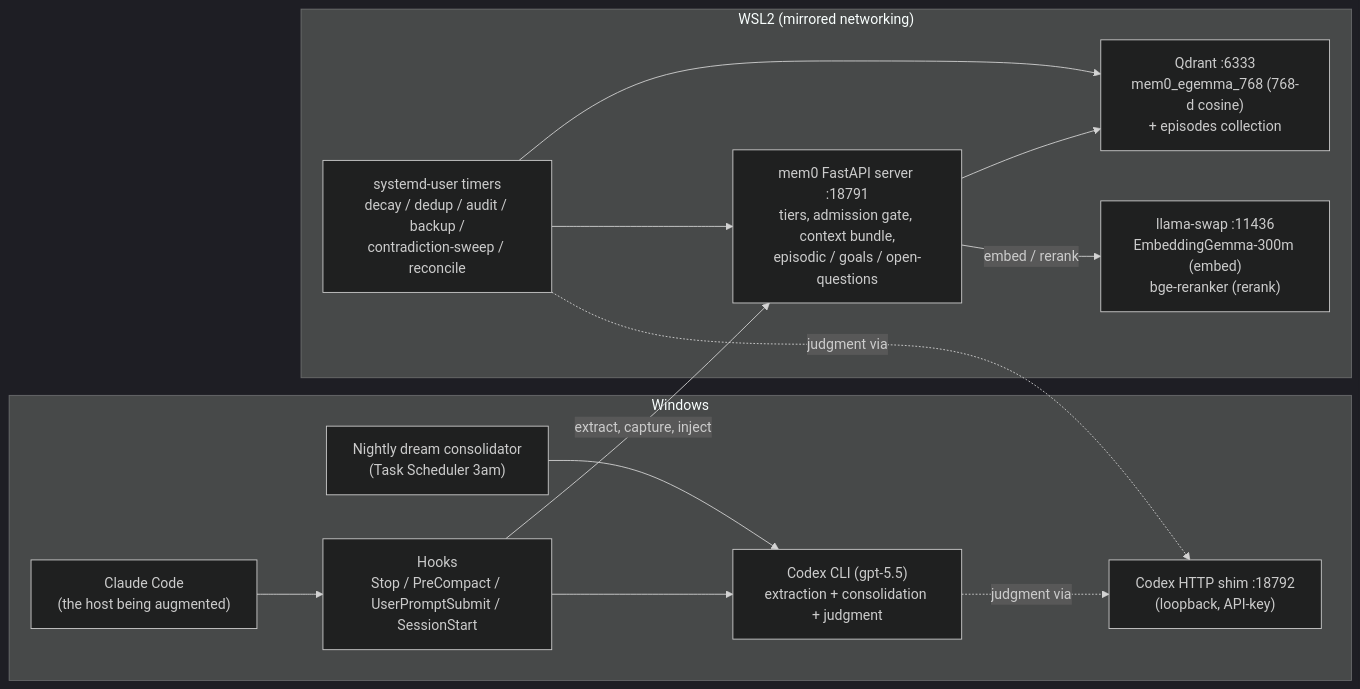
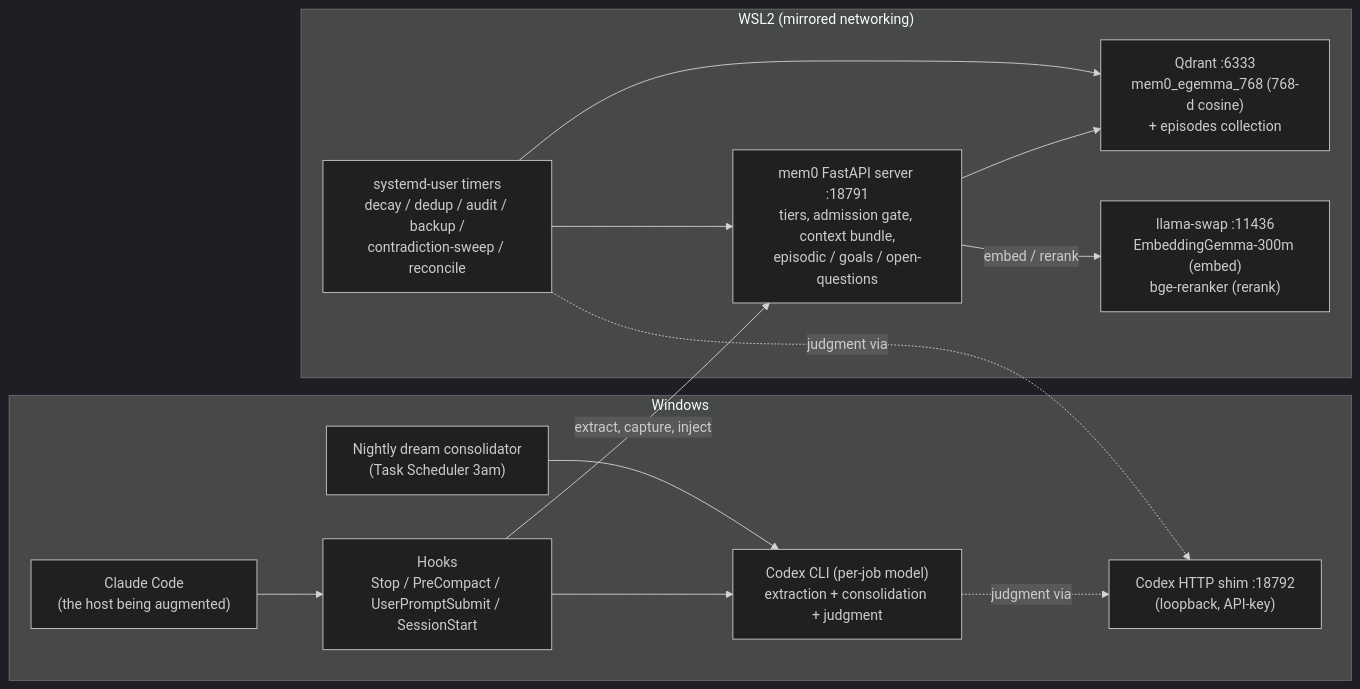
The first of 3 diagrams in ARCHITECTURE.md (dmmdea/agentic-memory-stack-for-claude-code), drawn with Mermaid (dark theme) before and after one commit. The commit also changed other lines of this file and 25 other files, not shown here.

````diff
--- a/ARCHITECTURE.md
+++ b/ARCHITECTURE.md
@@ -13,26 +13,26 @@
 ```mermaid
 flowchart LR
     subgraph WIN["Windows"]
         CC["Claude Code<br/>(the host being augmented)"]
         HOOKS["Hooks<br/>Stop / PreCompact / UserPromptSubmit / SessionStart"]
         DREAM["Nightly dream consolidator<br/>(Task Scheduler 3am)"]
-        CODEX["Codex CLI (gpt-5.5)<br/>extraction + consolidation + judgment"]
+        CODEX["Codex CLI (per-job model)<br/>extraction + consolidation + judgment"]
         SHIM["Codex HTTP shim :18792<br/>(loopback, API-key)"]
     end
     subgraph WSL["WSL2 (mirrored networking)"]
         MEM0["mem0 FastAPI server :18791<br/>tiers, admission gate, context bundle,<br/>episodic / goals / open-questions"]
         QD["Qdrant :6333<br/>mem0_egemma_768 (768-d cosine)<br/>+ episodes collection"]
         LS["llama-swap :11436<br/>EmbeddingGemma-300m (embed)<br/>bge-reranker (rerank)"]
         TIMERS["systemd-user timers<br/>decay / dedup / audit / backup /<br/>contradiction-sweep / reconcile"]
     end
     CC --> HOOKS
     HOOKS -->|"extract, capture, inject"| MEM0
     HOOKS --> CODEX
     DREAM --> CODEX
     CODEX -.->|"judgment via"| SHIM
     TIMERS -.->|"judgment via"| SHIM
     MEM0 --> QD
     MEM0 -->|"embed / rerank"| LS
     TIMERS --> QD
     TIMERS --> MEM0
 ```
````
